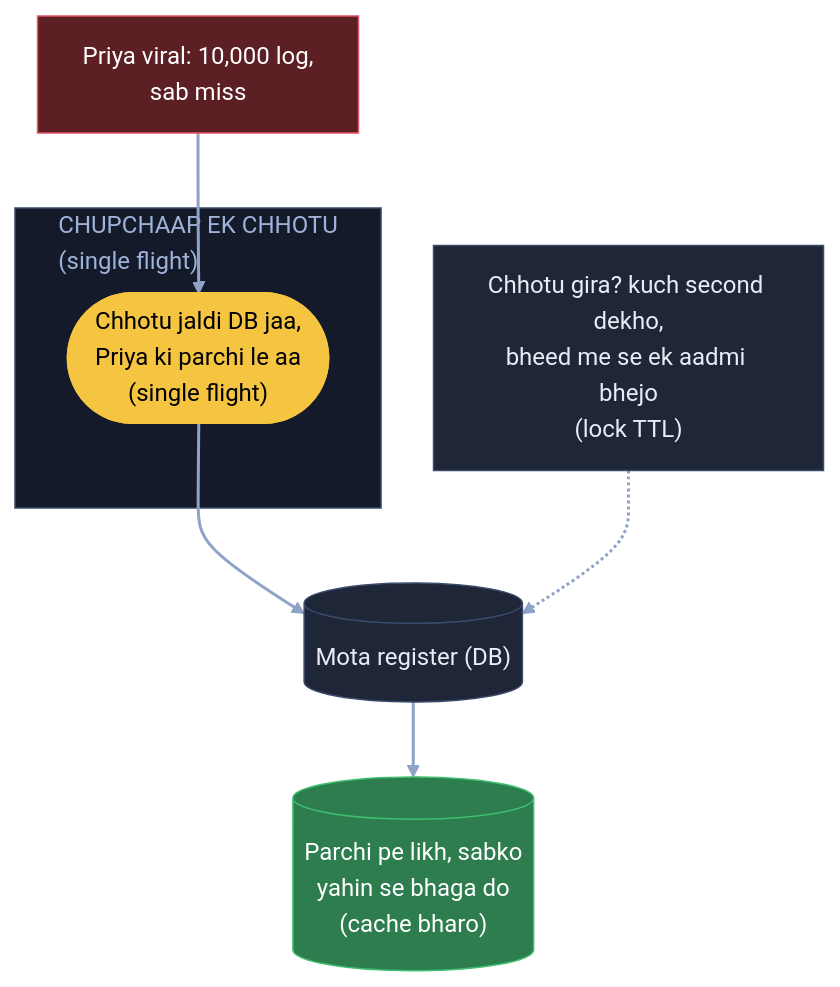
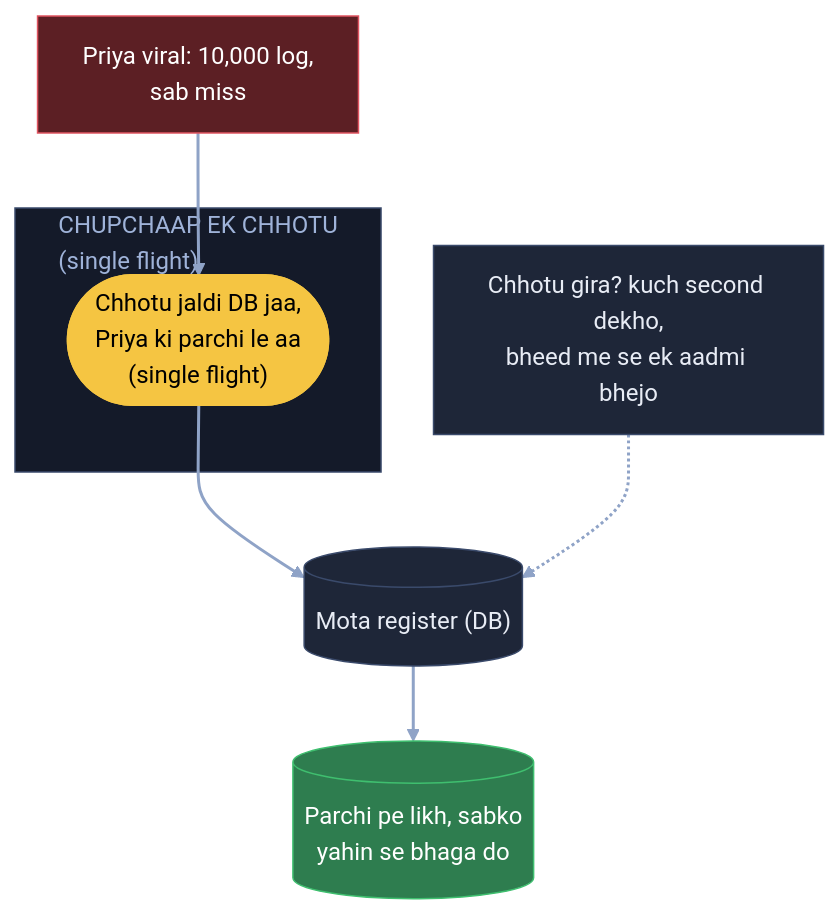
The fifth of 7 diagrams in 04_HLD/SYSTEM_DESIGNS/10_distributed_cache/10_distributed_cache.md (ArpanMaheshwari144/Prep), drawn with Mermaid before and after one commit. The commit also changed other lines of this file and 20 other files, not shown here.

Commit message:
Diagram: sirf hand notes wale naam rahe (66 apne joda naam hataye); README 22-Nov tak update

````diff
--- a/04_HLD/SYSTEM_DESIGNS/10_distributed_cache/10_distributed_cache.md
+++ b/04_HLD/SYSTEM_DESIGNS/10_distributed_cache/10_distributed_cache.md
@@ -290,20 +290,20 @@
 ```mermaid
 flowchart TB
     U["Priya viral: 10,000 log,<br/>sab miss"]:::bad
     subgraph CH["CHUPCHAAP EK CHHOTU<br/>(single flight)"]
         L(["Chhotu jaldi DB jaa,<br/>Priya ki parchi le aa<br/>(single flight)"]):::pill
     end
-    B["Chhotu gira? kuch second dekho,<br/>bheed me se ek aadmi bhejo<br/>(lock TTL)"]:::card
+    B["Chhotu gira? kuch second dekho,<br/>bheed me se ek aadmi bhejo"]:::card
     D[("Mota register (DB)")]:::card
-    C[("Parchi pe likh, sabko<br/>yahin se bhaga do<br/>(cache bharo)")]:::good
+    C[("Parchi pe likh, sabko<br/>yahin se bhaga do")]:::good
     U --> L
     L --> D
     D --> C
     B -.-> D
     linkStyle default stroke:#8fa3c7,stroke-width:2px
     classDef card fill:#1e2638,stroke:#3a4a6b,color:#e8ecf5
     classDef pill fill:#f5c542,stroke:#f5c542,color:#000
     classDef good fill:#2e7d4f,stroke:#3fbf6f,color:#fff
     classDef bad fill:#5c1f24,stroke:#e05561,color:#fff
     style CH fill:#141a29,stroke:#3a4a6b,color:#9fb3d9
 ```
````
